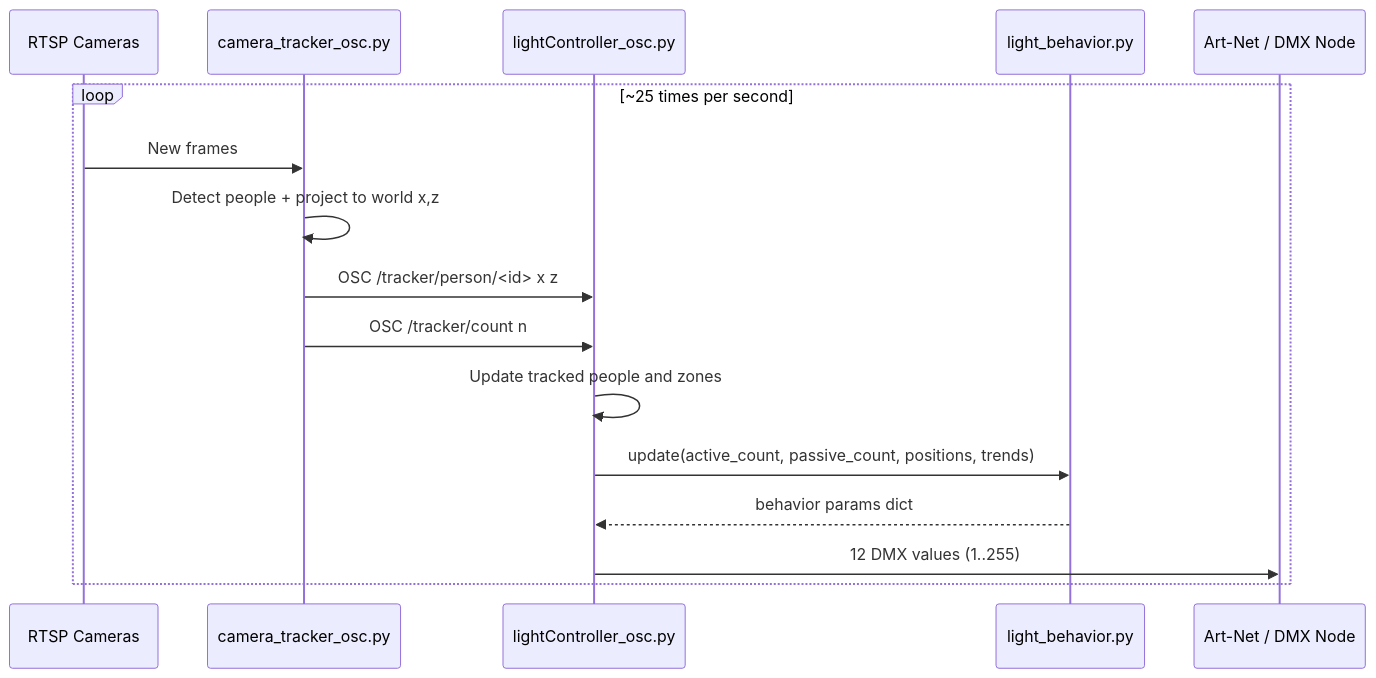
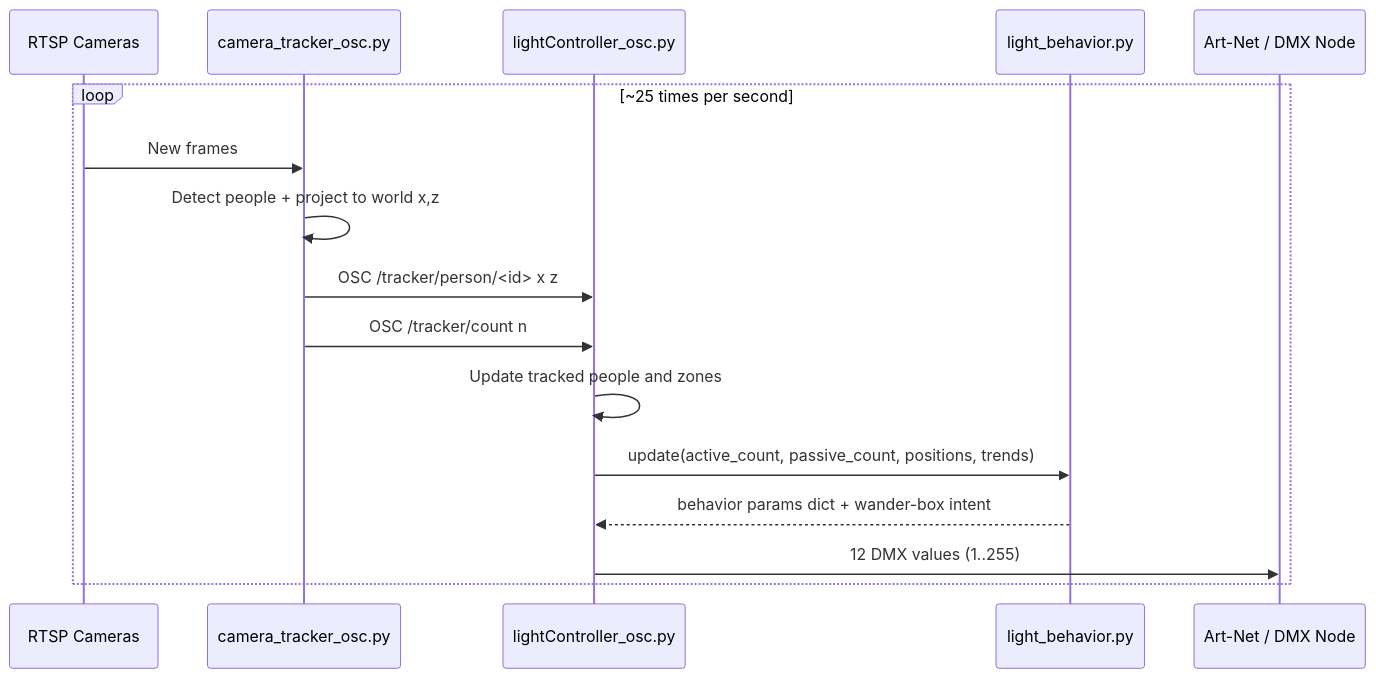
The third of 14 diagrams in IO/CAMERA_TO_DMX_DIAGRAMS.md (npuckett/dc-dev), drawn with Mermaid before and after one commit. The commit also changed other lines of this file and 1 other file, not shown here.

Commit message:
wander update

````diff
--- a/IO/CAMERA_TO_DMX_DIAGRAMS.md
+++ b/IO/CAMERA_TO_DMX_DIAGRAMS.md
@@ -88,19 +93,19 @@
 ```mermaid
 sequenceDiagram
     participant Cam as RTSP Cameras
     participant Trk as camera_tracker_osc.py
     participant Ctl as lightController_osc.py
     participant Beh as light_behavior.py
     participant Dmx as Art-Net / DMX Node
 
     loop ~25 times per second
         Cam->>Trk: New frames
         Trk->>Trk: Detect people + project to world x,z
         Trk->>Ctl: OSC /tracker/person/<id> x z
         Trk->>Ctl: OSC /tracker/count n
         Ctl->>Ctl: Update tracked people and zones
         Ctl->>Beh: update(active_count, passive_count, positions, trends)
-        Beh-->>Ctl: behavior params dict
+        Beh-->>Ctl: behavior params dict + wander-box intent
         Ctl->>Dmx: 12 DMX values (1..255)
     end
 ```
````
